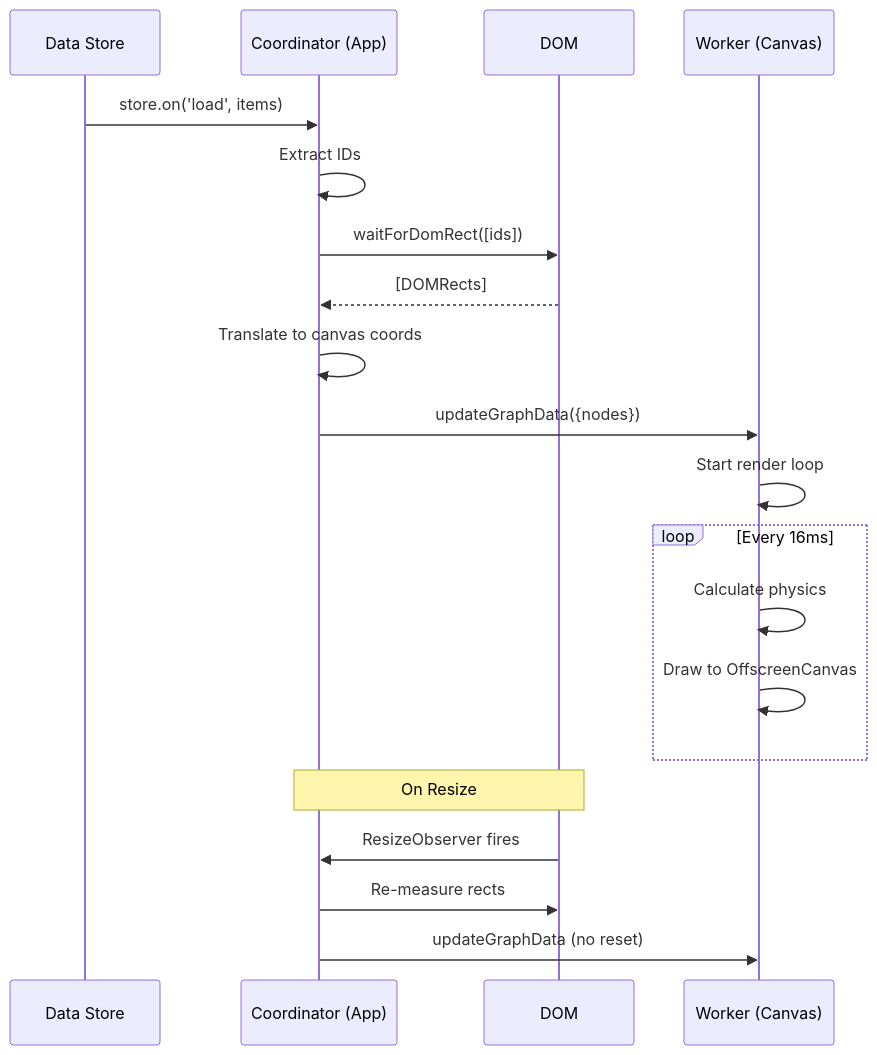
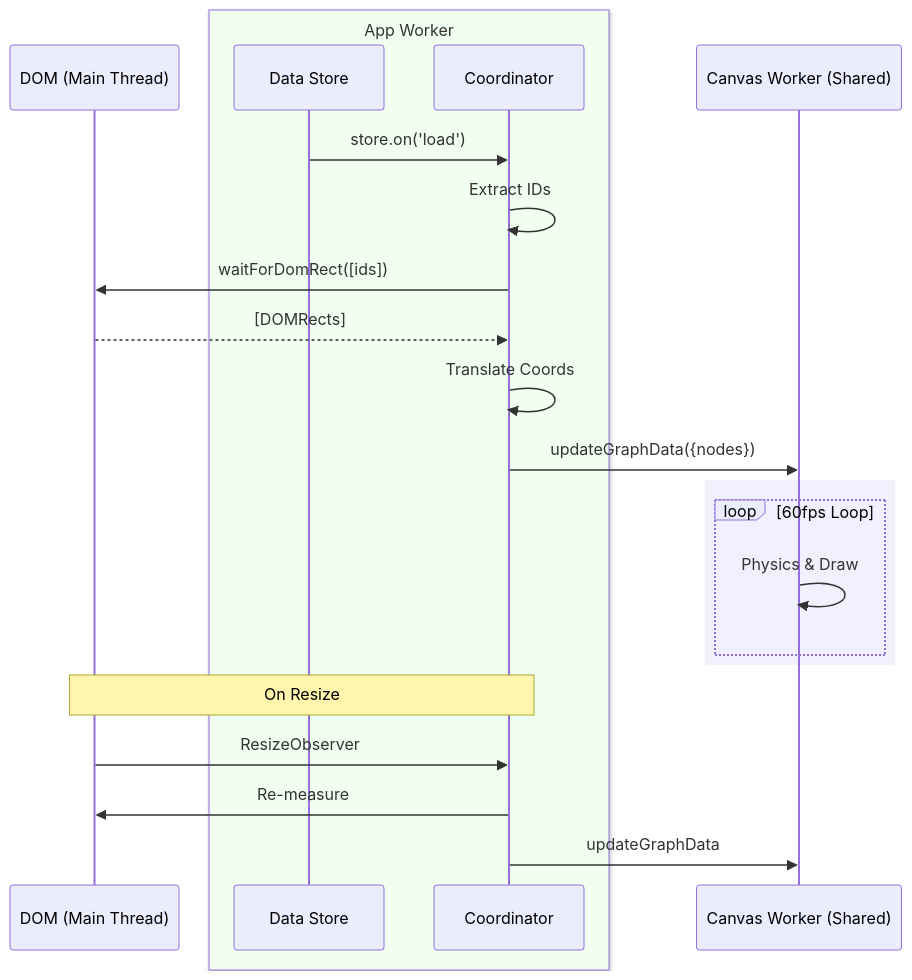
One commit to neomjs/neo changed the diagram in learn/guides/advanced/NeuralTimeline.md. Above: the diagram before and after it, drawn with Mermaid. The commit also changed 1 other file, not shown here.

Commit message:
docs: Fix Neural Timeline diagram participant grouping (#8659)

````diff
--- a/learn/guides/advanced/NeuralTimeline.md
+++ b/learn/guides/advanced/NeuralTimeline.md
@@ -30,24 +30,29 @@
 ```mermaid
 sequenceDiagram
-    participant S as Data Store
-    participant C as Coordinator (App)
-    participant D as DOM
-    participant W as Worker (Canvas)
+    participant D as DOM (Main Thread)
 
-    S->>C: store.on('load', items)
+    box rgb(240, 255, 240) App Worker
+        participant S as Data Store
+        participant C as Coordinator
+    end
+
+    participant W as Canvas Worker (Shared)
+
+    S->>C: store.on('load')
     C->>C: Extract IDs
     C->>D: waitForDomRect([ids])
     D-->>C: [DOMRects]
-    C->>C: Translate to canvas coords
+    C->>C: Translate Coords
     C->>W: updateGraphData({nodes})
-    W->>W: Start render loop
-    loop Every 16ms
-        W->>W: Calculate physics
-        W->>W: Draw to OffscreenCanvas
+
+    rect rgb(240, 240, 255)
+        loop 60fps Loop
+            W->>W: Physics & Draw
+        end
     end
 
-    Note over C,D: On Resize
-    D->>C: ResizeObserver fires
-    C->>D: Re-measure rects
-    C->>W: updateGraphData (no reset)
+    Note over D,C: On Resize
+    D->>C: ResizeObserver
+    C->>D: Re-measure
+    C->>W: updateGraphData
 ```
````
